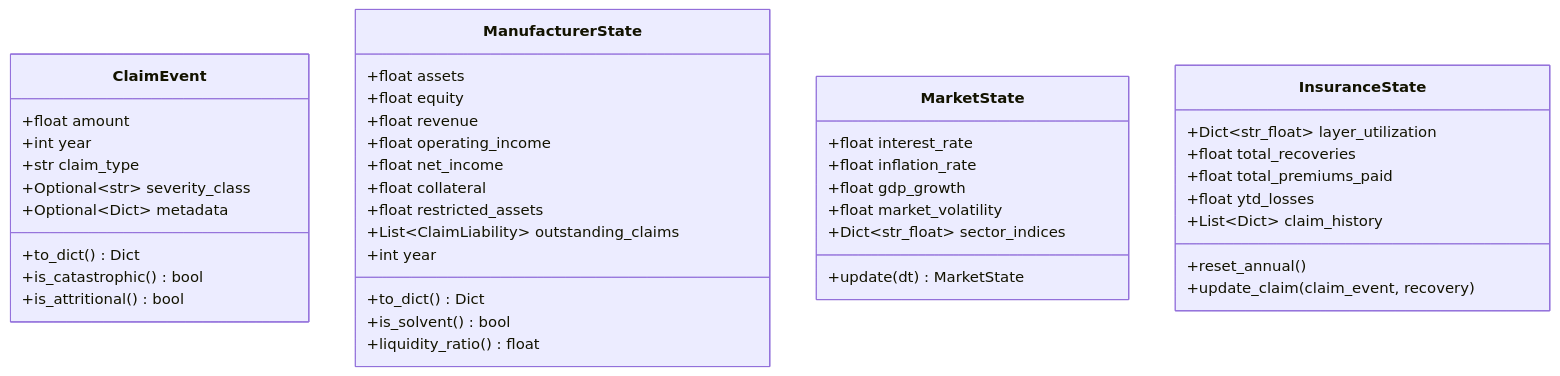
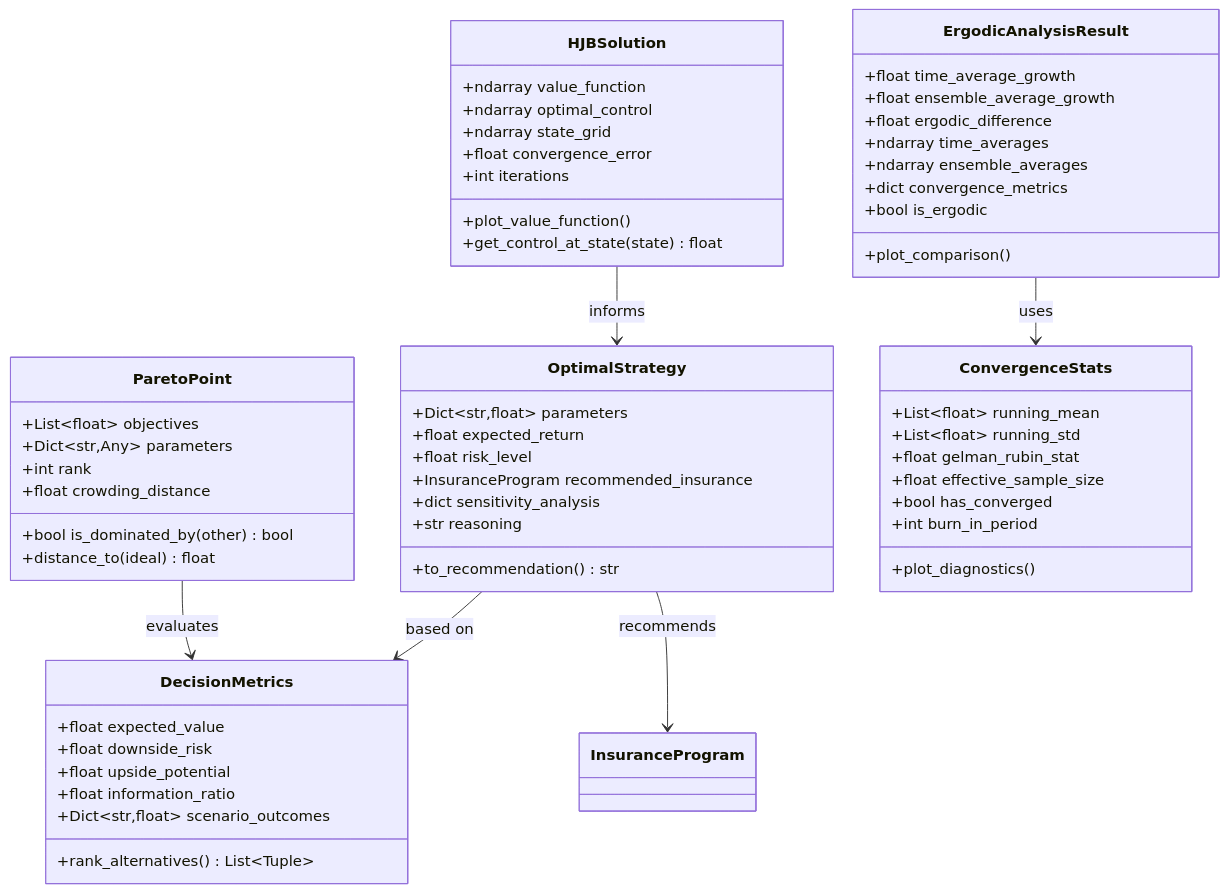
One commit to AlexFiliakov/Ergodic-Insurance-Limits changed the fourth of 6 diagrams in ergodic_insurance/docs/architecture/class_diagrams/data_models.md. Above: the diagram before and after it, drawn with Mermaid. The commit also changed other lines of this file and 24 other files, not shown here.

````diff
--- a/ergodic_insurance/docs/architecture/class_diagrams/data_models.md
+++ b/ergodic_insurance/docs/architecture/class_diagrams/data_models.md
@@ -187,47 +235,67 @@
 ```mermaid
 classDiagram
-    class ClaimEvent {
-        +float amount
-        +int year
-        +str claim_type
-        +Optional~str~ severity_class
-        +Optional~Dict~ metadata
-        +to_dict() Dict
-        +is_catastrophic() bool
-        +is_attritional() bool
+    class ErgodicAnalysisResult {
+        +float time_average_growth
+        +float ensemble_average_growth
+        +float ergodic_difference
+        +ndarray time_averages
+        +ndarray ensemble_averages
+        +dict convergence_metrics
+        +bool is_ergodic
+        +plot_comparison()
     }
 
-    class ManufacturerState {
-        +float assets
-        +float equity
-        +float revenue
-        +float operating_income
-        +float net_income
-        +float collateral
-        +float restricted_assets
-        +List~ClaimLiability~ outstanding_claims
-        +int year
-        +to_dict() Dict
-        +is_solvent() bool
-        +liquidity_ratio() float
+    class OptimalStrategy {
+        +Dict~str,float~ parameters
+        +float expected_return
+        +float risk_level
+        +InsuranceProgram recommended_insurance
+        +dict sensitivity_analysis
+        +str reasoning
+        +to_recommendation() str
     }
 
-    class MarketState {
-        +float interest_rate
-        +float inflation_rate
-        +float gdp_growth
-        +float market_volatility
-        +Dict~str_float~ sector_indices
-        +update(dt) MarketState
+    class DecisionMetrics {
+        +float expected_value
+        +float downside_risk
+        +float upside_potential
+        +float information_ratio
+        +Dict~str,float~ scenario_outcomes
+        +rank_alternatives() List~Tuple~
     }
 
-    class InsuranceState {
-        +Dict~str_float~ layer_utilization
-        +float total_recoveries
-        +float total_premiums_paid
-        +float ytd_losses
-        +List~Dict~ claim_history
-        +reset_annual()
-        +update_claim(claim_event, recovery)
+    class ParetoPoint {
+        +List~float~ objectives
+        +Dict~str,Any~ parameters
+        +int rank
+        +float crowding_distance
+        +bool is_dominated_by(other) bool
+        +distance_to(ideal) float
     }
+
+    class HJBSolution {
+        +ndarray value_function
+        +ndarray optimal_control
+        +ndarray state_grid
+        +float convergence_error
+        +int iterations
+        +plot_value_function()
+        +get_control_at_state(state) float
+    }
+
+    class ConvergenceStats {
+        +List~float~ running_mean
+        +List~float~ running_std
+        +float gelman_rubin_stat
+        +float effective_sample_size
+        +bool has_converged
+        +int burn_in_period
+        +plot_diagnostics()
+    }
+
+    OptimalStrategy --> DecisionMetrics : based on
+    OptimalStrategy --> InsuranceProgram : recommends
+    ParetoPoint --> DecisionMetrics : evaluates
+    ErgodicAnalysisResult --> ConvergenceStats : uses
+    HJBSolution --> OptimalStrategy : informs
 ```
````
